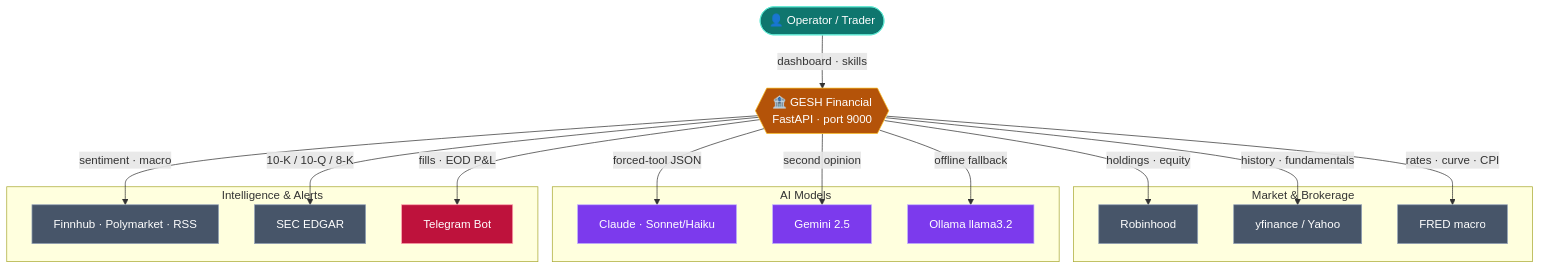
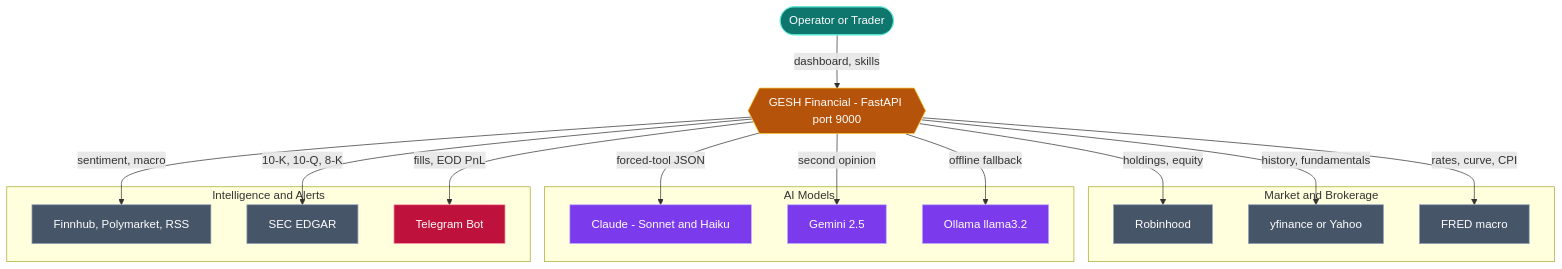
One commit to gesh75/Gesh-Project changed the diagram in README.md. Above: the diagram before and after it, drawn with Mermaid. The commit also changed 1 other file, not shown here.

Commit message:
docs: harden mermaid diagrams for reliable GitHub rendering

````diff
--- a/README.md
+++ b/README.md
@@ -22,40 +22,40 @@
 ```mermaid
 flowchart TB
-    operator(["👤 Operator / Trader"]):::actor
-    gesh{{"🏦 GESH Financial<br/>FastAPI · port 9000"}}:::core
+    operator(["Operator or Trader"]):::actor
+    gesh{{"GESH Financial - FastAPI port 9000"}}:::core
 
-    subgraph MKT["Market & Brokerage"]
+    subgraph MKT["Market and Brokerage"]
         rh["Robinhood"]:::ext
-        yf["yfinance / Yahoo"]:::ext
+        yf["yfinance or Yahoo"]:::ext
         fred["FRED macro"]:::ext
     end
 
     subgraph AI["AI Models"]
-        claude["Claude · Sonnet/Haiku"]:::ai
+        claude["Claude - Sonnet and Haiku"]:::ai
         gemini["Gemini 2.5"]:::ai
         ollama["Ollama llama3.2"]:::ai
     end
 
-    subgraph INTEL["Intelligence & Alerts"]
-        news["Finnhub · Polymarket · RSS"]:::ext
+    subgraph INTEL["Intelligence and Alerts"]
+        news["Finnhub, Polymarket, RSS"]:::ext
         edgar["SEC EDGAR"]:::ext
         tg["Telegram Bot"]:::alert
     end
 
-    operator -->|"dashboard · skills"| gesh
-    gesh -->|"holdings · equity"| rh
-    gesh -->|"history · fundamentals"| yf
-    gesh -->|"rates · curve · CPI"| fred
+    operator -->|"dashboard, skills"| gesh
+    gesh -->|"holdings, equity"| rh
+    gesh -->|"history, fundamentals"| yf
+    gesh -->|"rates, curve, CPI"| fred
     gesh -->|"forced-tool JSON"| claude
     gesh -->|"second opinion"| gemini
     gesh -->|"offline fallback"| ollama
-    gesh -->|"sentiment · macro"| news
-    gesh -->|"10-K / 10-Q / 8-K"| edgar
-    gesh -->|"fills · EOD P&L"| tg
+    gesh -->|"sentiment, macro"| news
+    gesh -->|"10-K, 10-Q, 8-K"| edgar
+    gesh -->|"fills, EOD PnL"| tg
 
     classDef actor fill:#0f766e,stroke:#5eead4,color:#fff
     classDef core  fill:#b45309,stroke:#fbbf24,color:#fff
     classDef ai    fill:#7c3aed,stroke:#c4b5fd,color:#fff
     classDef ext   fill:#475569,stroke:#94a3b8,color:#fff
     classDef alert fill:#be123c,stroke:#fda4af,color:#fff
 ```
````
